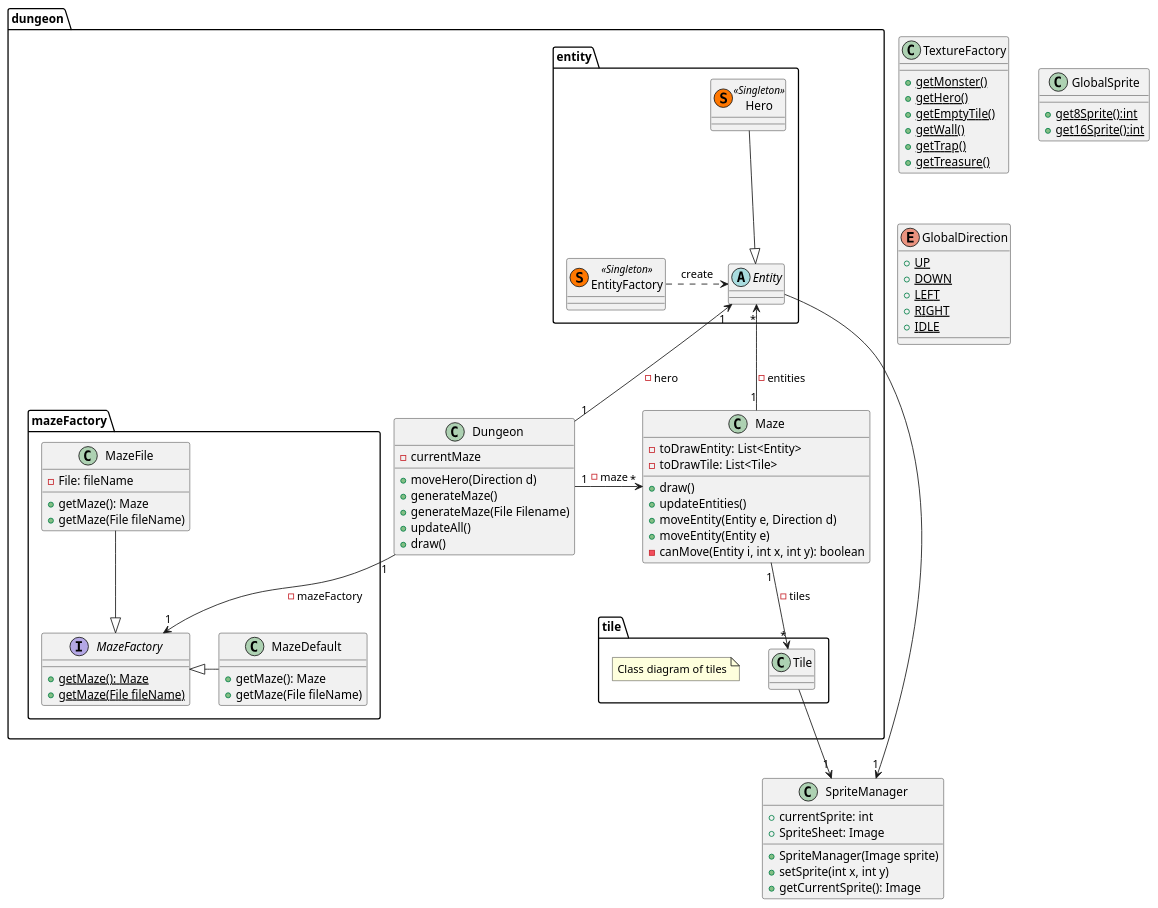
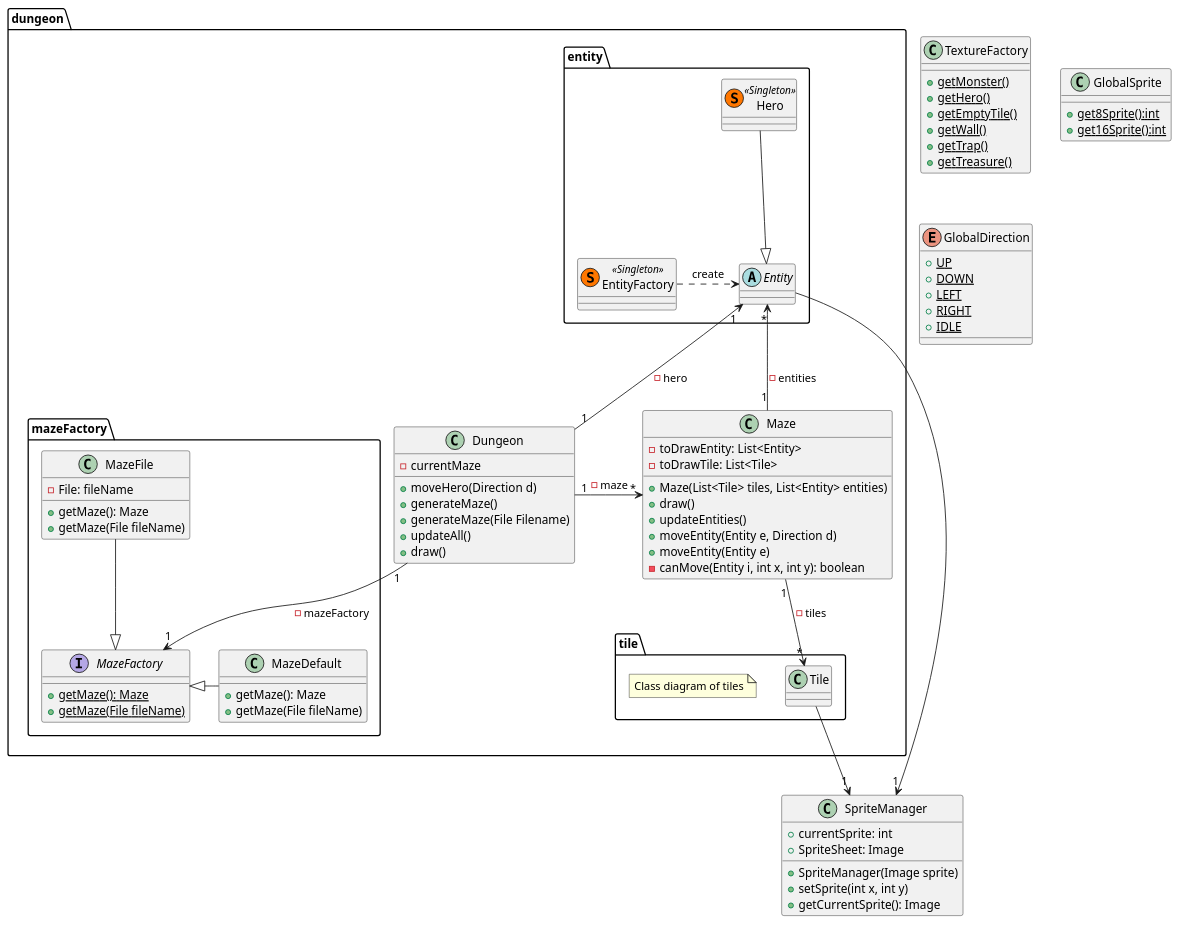
One commit to Reynault/ACL_2019_Zelpop changed the diagram in doc/first_sprint/diagrams/class/global.puml. Above: the diagram before and after it, drawn with PlantUML. The commit also changed 8 other files, not shown here.

Commit message:
First sprint : Update diagrams

```diff
--- a/doc/first_sprint/diagrams/class/global.puml
+++ b/doc/first_sprint/diagrams/class/global.puml
@@ -1,118 +1,119 @@
 @startuml
 
 package dungeon{
 
     class Dungeon{
         - currentMaze
         + moveHero(Direction d)
         + generateMaze()
         + generateMaze(File Filename)
         + updateAll()
         + draw()
     }
 
     class Maze{
         - toDrawEntity: List<Entity>
         - toDrawTile: List<Tile>
+        + Maze(List<Tile> tiles, List<Entity> entities)
         + draw()
         + updateEntities()
         + moveEntity(Entity e, Direction d)
         + moveEntity(Entity e)
         - canMove(Entity i, int x, int y): boolean
     }
 
     package tile{
 
         class Tile{
 
         }
 
         note "Class diagram of tiles" as N1
 
     }
 
     package entity{
 
         abstract Entity{
 
         }
 
         class Hero << (S,#FF7700) Singleton >>{
 
         }
 
         class EntityFactory << (S,#FF7700) Singleton >>{
 
         }
 
     }
 
     package mazeFactory{
 
         interface MazeFactory{
             + {static}getMaze(): Maze
             + {static}getMaze(File fileName)
         }
 
         class MazeFile{
             - File: fileName
             + getMaze(): Maze
             + getMaze(File fileName)
         }
 
         class MazeDefault{
             + getMaze(): Maze
             + getMaze(File fileName)
         }
 
     }
 
 }
 
 class TextureFactory{
     + {static}getMonster()
     + {static}getHero()
     + {static}getEmptyTile()
     + {static}getWall()
     + {static}getTrap()
     + {static}getTreasure()
 }
 
 class SpriteManager{
     + currentSprite: int
     + SpriteSheet: Image
     + SpriteManager(Image sprite)
     + setSprite(int x, int y)
     + getCurrentSprite(): Image
 }
 
 class GlobalSprite{
     + {static} get8Sprite():int
     + {static} get16Sprite():int
 }
 
 enum GlobalDirection{
     + {static} UP
     + {static} DOWN
     + {static} LEFT
     + {static} RIGHT
     + {static} IDLE
 }
 
 MazeDefault -left-|> MazeFactory
 Dungeon "1" -left-> "*" Maze: -maze
 Dungeon "1" --> "1" MazeFactory: -mazeFactory
 Maze "1" --> "*" Tile: -tiles
 Maze "1" -up-> "*" Entity: -entities
 
 EntityFactory .right.> Entity : create
 
 Hero --|> Entity
 Dungeon "1" --> "1" Entity : -hero
 
 MazeFile --|> MazeFactory
 
 Tile --> "1" SpriteManager
 Entity -right-> "1" SpriteManager
 
 @enduml
```
